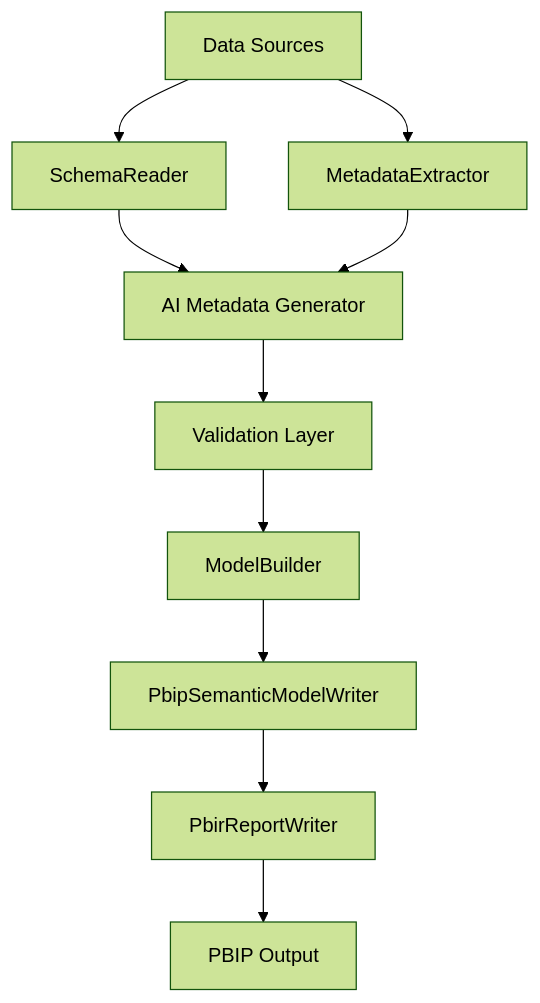
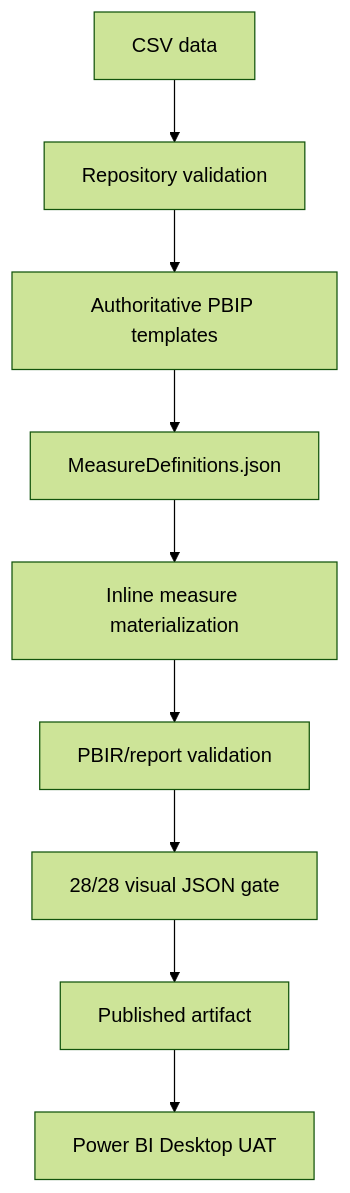
Before and after one commit to pavithraradhakrishnan88/powerbi-pipeline-sla-template: the diagram in docs/architecture.md, drawn with Mermaid (forest theme). The commit also changed other lines of this file, not shown here.

Commit message:
Align architecture documentation with Version 1

````diff
--- a/docs/architecture.md
+++ b/docs/architecture.md
@@ -119,12 +9,11 @@
 ```mermaid
 flowchart TD
-    A[Data Sources] --> B[SchemaReader]
-    A --> C[MetadataExtractor]
-    B --> D[AI Metadata Generator]
-    C --> D
-    D --> E[Validation Layer]
-    E --> F[ModelBuilder]
-    F --> G[PbipSemanticModelWriter]
-    G --> H[PbirReportWriter]
-    H --> I[PBIP Output]
+    A[CSV data] --> B[Repository validation]
+    B --> C[Authoritative PBIP templates]
+    C --> D[MeasureDefinitions.json]
+    D --> E[Inline measure materialization]
+    E --> F[PBIR/report validation]
+    F --> G[28/28 visual JSON gate]
+    G --> H[Published artifact]
+    H --> I[Power BI Desktop UAT]
 ```
````
